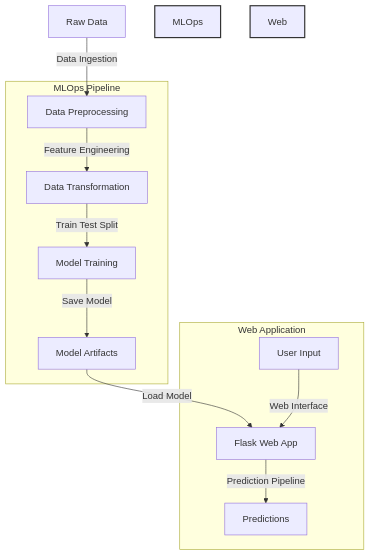
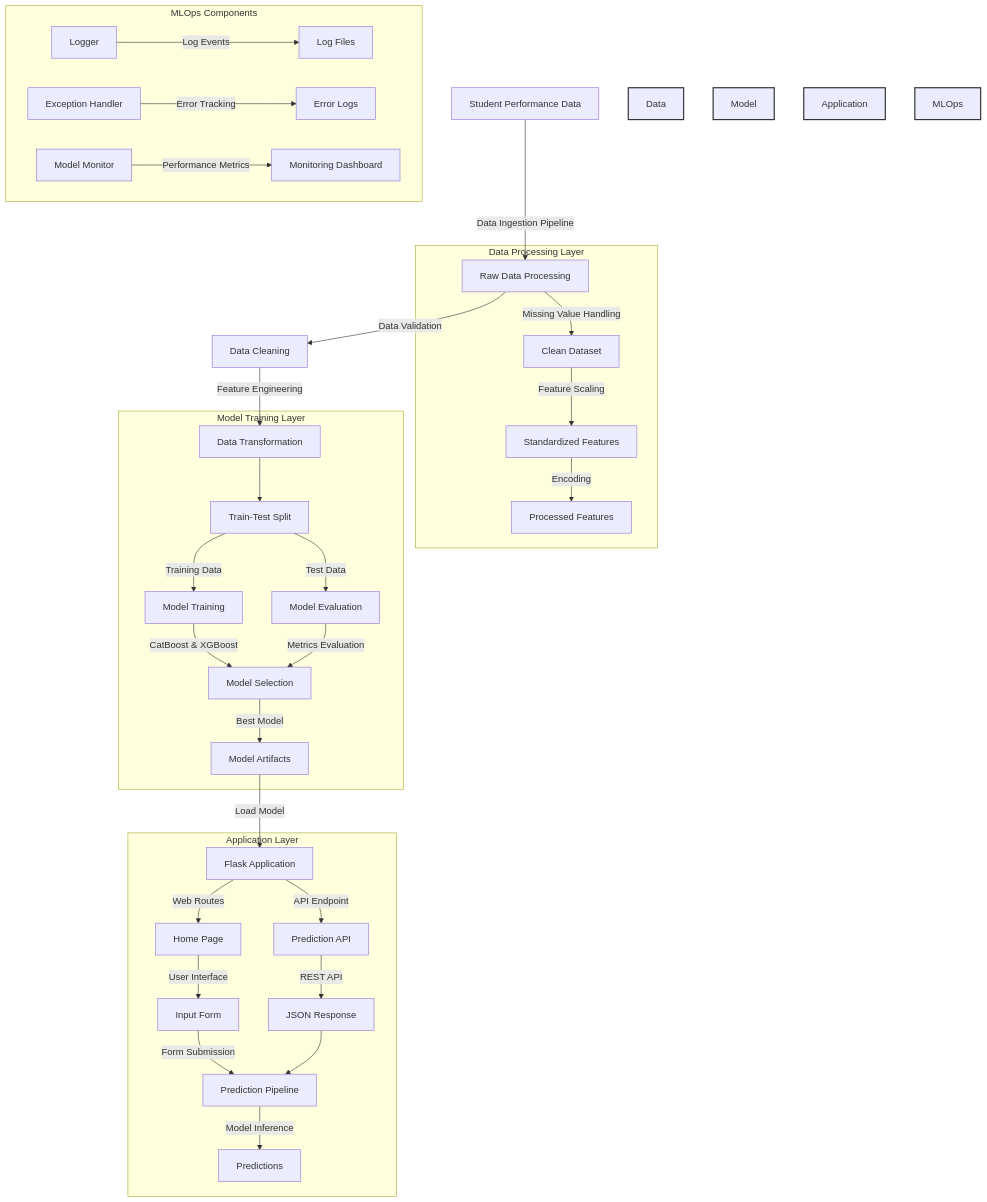
Before and after one commit to MeetInCode/ML_project_with_MLOPS: the first of 2 diagrams in Readme.md, drawn with Mermaid. The commit also changed other lines of this file, not shown here.

````diff
--- a/Readme.md
+++ b/Readme.md
@@ -9,27 +9,43 @@
 ```mermaid
 graph TD
-    A[Raw Data] -->|Data Ingestion| B[Data Preprocessing]
-    B -->|Feature Engineering| C[Data Transformation]
-    C -->|Train Test Split| D[Model Training]
-    D -->|Save Model| E[Model Artifacts]
-    E -->|Load Model| F[Flask Web App]
+    A[Student Performance Data] -->|Data Ingestion Pipeline| B[Raw Data Processing]
+    B -->|Data Validation| C[Data Cleaning]
+    C -->|Feature Engineering| D[Data Transformation]
 
-    G[User Input] -->|Web Interface| F
-    F -->|Prediction Pipeline| H[Predictions]
-
-    subgraph MLOps Pipeline
-    B
-    C
-    D
-    E
+    subgraph Data Processing Layer
+    B --> |Missing Value Handling| C1[Clean Dataset]
+    C1 --> |Feature Scaling| C2[Standardized Features]
+    C2 --> |Encoding| C3[Processed Features]
     end
 
-    subgraph Web Application
-    F
-    G
-    H
+    subgraph Model Training Layer
+    D --> E[Train-Test Split]
+    E --> |Training Data| F1[Model Training]
+    E --> |Test Data| F2[Model Evaluation]
+    F1 --> |CatBoost & XGBoost| G1[Model Selection]
+    F2 --> |Metrics Evaluation| G1
+    G1 --> |Best Model| H[Model Artifacts]
     end
 
-    style MLOps Pipeline fill:#f5f5f5,stroke:#333,stroke-width:2px
-    style Web Application fill:#e6f3ff,stroke:#333,stroke-width:2px
+    subgraph Application Layer
+    H --> |Load Model| I[Flask Application]
+    I --> |Web Routes| J1[Home Page]
+    I --> |API Endpoint| J2[Prediction API]
+    J1 --> |User Interface| K1[Input Form]
+    J2 --> |REST API| K2[JSON Response]
+    K1 --> |Form Submission| L[Prediction Pipeline]
+    K2 --> L
+    L --> |Model Inference| M[Predictions]
+    end
+
+    subgraph MLOps Components
+    N1[Logger] --> |Log Events| N2[Log Files]
+    O1[Exception Handler] --> |Error Tracking| O2[Error Logs]
+    P1[Model Monitor] --> |Performance Metrics| P2[Monitoring Dashboard]
+    end
+
+    style Data Processing Layer fill:#e6ffe6,stroke:#333,stroke-width:2px
+    style Model Training Layer fill:#e6f3ff,stroke:#333,stroke-width:2px
+    style Application Layer fill:#ffe6e6,stroke:#333,stroke-width:2px
+    style MLOps Components fill:#fff5e6,stroke:#333,stroke-width:2px
 ```
````
